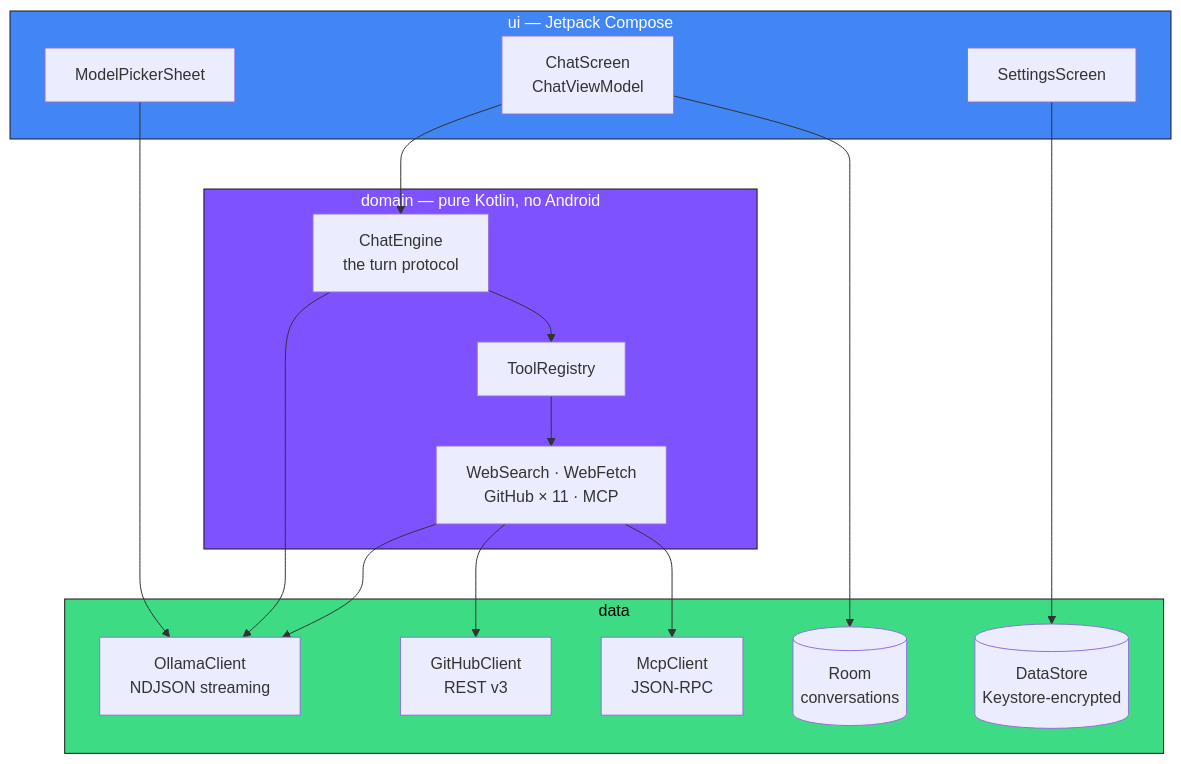
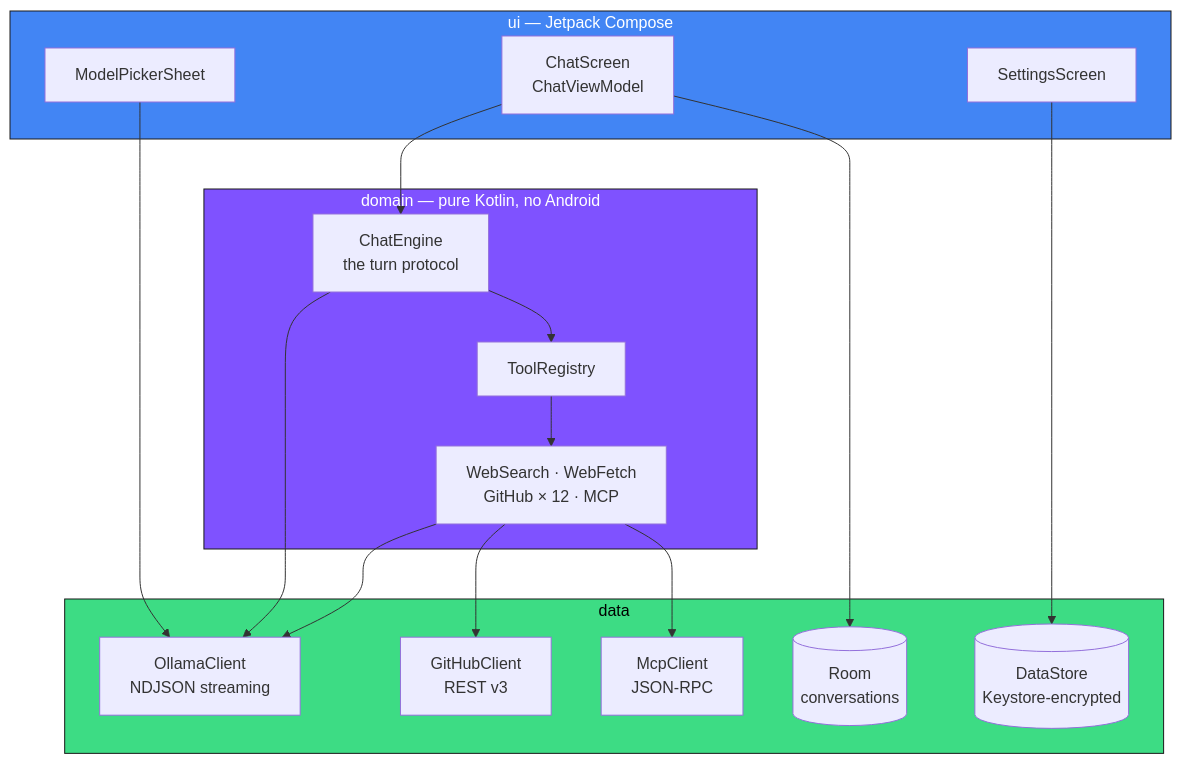
The first of 2 diagrams in README.md (klaibercore/cirrus), drawn with Mermaid before and after one commit. The commit also changed other lines of this file and 7 other files, not shown here.

````diff
--- a/README.md
+++ b/README.md
@@ -129,37 +130,37 @@
 ```mermaid
 graph TD
     subgraph ui["ui — Jetpack Compose"]
         Chat[ChatScreen<br/>ChatViewModel]
         Settings[SettingsScreen]
         Picker[ModelPickerSheet]
     end
 
     subgraph domain["domain — pure Kotlin, no Android"]
         Engine[ChatEngine<br/>the turn protocol]
         Registry[ToolRegistry]
-        Tools[WebSearch · WebFetch<br/>GitHub × 11 · MCP]
+        Tools[WebSearch · WebFetch<br/>GitHub × 12 · MCP]
     end
 
     subgraph data["data"]
         Ollama[OllamaClient<br/>NDJSON streaming]
         GitHub[GitHubClient<br/>REST v3]
         Mcp[McpClient<br/>JSON-RPC]
         Room[(Room<br/>conversations)]
         Store[(DataStore<br/>Keystore-encrypted)]
     end
 
     Chat --> Engine
     Settings --> Store
     Picker --> Ollama
     Engine --> Registry
     Registry --> Tools
     Engine --> Ollama
     Tools --> GitHub
     Tools --> Mcp
     Tools --> Ollama
     Chat --> Room
 
     style ui fill:#4285F4,stroke:#1a1a1a,color:#fff
     style domain fill:#7F52FF,stroke:#1a1a1a,color:#fff
     style data fill:#3DDC84,stroke:#1a1a1a,color:#000
 ```
````
